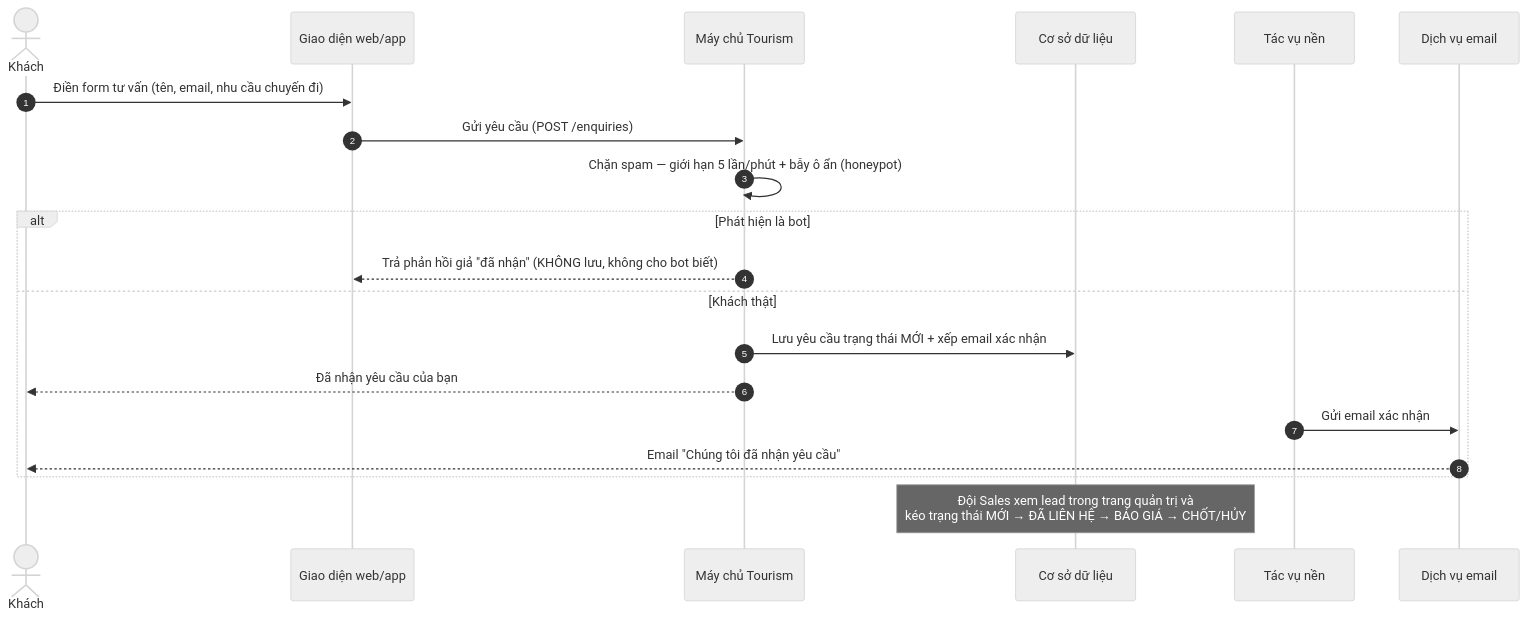
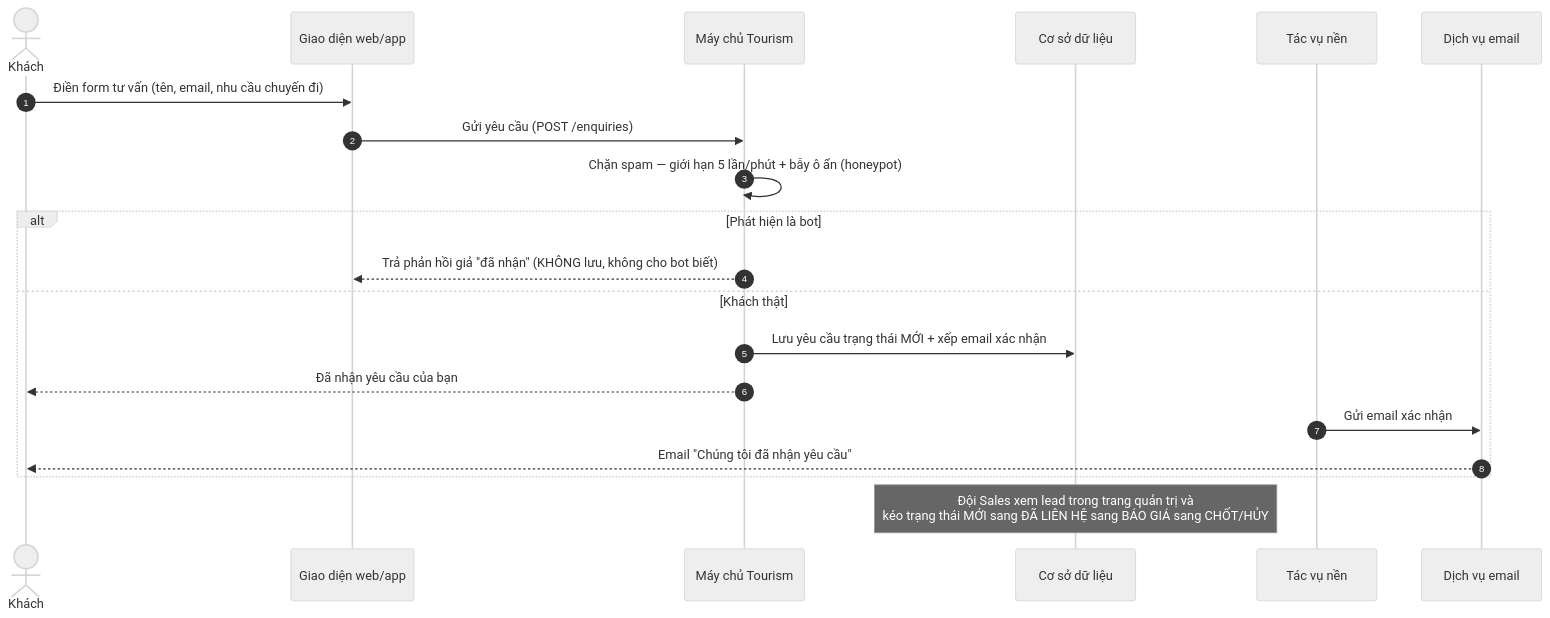
The sixth of 10 diagrams in docs/03-reference/sequence-diagrams.md (yurivolkov21/Tourism-Platform), drawn with Mermaid (neutral theme) before and after one commit. The commit also changed 3 other files, not shown here.

First line of the commit message:
docs(reference): fix Mermaid rendering — drop ; and unicode arrows from messages

````diff
--- a/docs/03-reference/sequence-diagrams.md
+++ b/docs/03-reference/sequence-diagrams.md
@@ -252,23 +252,23 @@
 ```mermaid
 sequenceDiagram
     autonumber
     actor KH as Khách
     participant FE as Giao diện web/app
     participant API as Máy chủ Tourism
     participant DB as Cơ sở dữ liệu
     participant JOB as Tác vụ nền
     participant MAIL as Dịch vụ email
 
     KH->>FE: Điền form tư vấn (tên, email, nhu cầu chuyến đi)
     FE->>API: Gửi yêu cầu (POST /enquiries)
     API->>API: Chặn spam — giới hạn 5 lần/phút + bẫy ô ẩn (honeypot)
     alt Phát hiện là bot
         API-->>FE: Trả phản hồi giả "đã nhận" (KHÔNG lưu, không cho bot biết)
     else Khách thật
         API->>DB: Lưu yêu cầu trạng thái MỚI + xếp email xác nhận
         API-->>KH: Đã nhận yêu cầu của bạn
         JOB->>MAIL: Gửi email xác nhận
         MAIL-->>KH: Email "Chúng tôi đã nhận yêu cầu"
     end
-    Note over DB: Đội Sales xem lead trong trang quản trị và<br/>kéo trạng thái MỚI → ĐÃ LIÊN HỆ → BÁO GIÁ → CHỐT/HỦY
+    Note over DB: Đội Sales xem lead trong trang quản trị và<br/>kéo trạng thái MỚI sang ĐÃ LIÊN HỆ sang BÁO GIÁ sang CHỐT/HỦY
 ```
````
